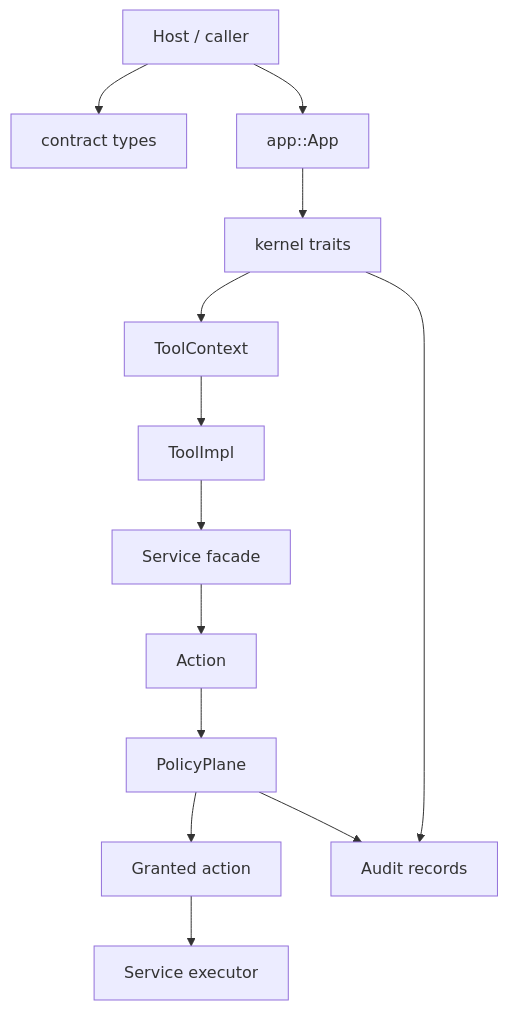
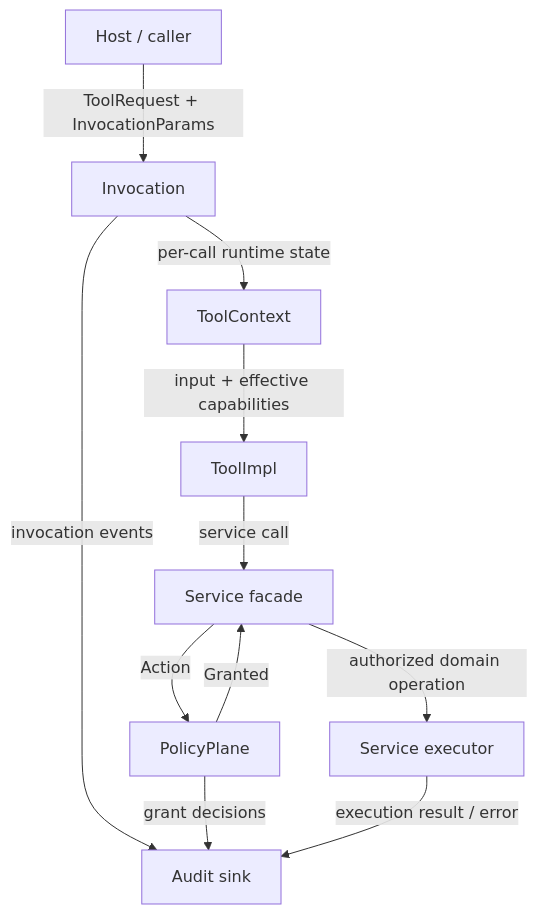
The diagram in README.md (InuDial/agent-mvp), drawn with Mermaid before and after one commit. The commit also changed other lines of this file, not shown here.

````diff
--- a/README.md
+++ b/README.md
@@ -31,15 +31,13 @@
 ```mermaid
 flowchart TD
-    Host[Host / caller] --> Contract[contract types]
-    Host --> App[app::App]
-    App --> Kernel[kernel traits]
-    Kernel --> Context[ToolContext]
-    Context --> Tool[ToolImpl]
-    Tool --> Service[Service facade]
-    Service --> Action[Action]
-    Action --> Policy[PolicyPlane]
-    Policy --> Grant[Granted action]
-    Grant --> Executor[Service executor]
-    Policy --> Audit[Audit records]
-    Kernel --> Audit
+    Host[Host / caller] -->|ToolRequest + InvocationParams| Invocation[Invocation]
+    Invocation -->|per-call runtime state| Context[ToolContext]
+    Context -->|input + effective capabilities| Tool[ToolImpl]
+    Tool -->|service call| Service[Service facade]
+    Service -->|Action| Policy[PolicyPlane]
+    Policy -->|Granted<Action>| Service
+    Service -->|authorized domain operation| Executor[Service executor]
+    Invocation -->|invocation events| Audit[Audit sink]
+    Policy -->|grant decisions| Audit
+    Executor -->|execution result / error| Audit
 ```
````
